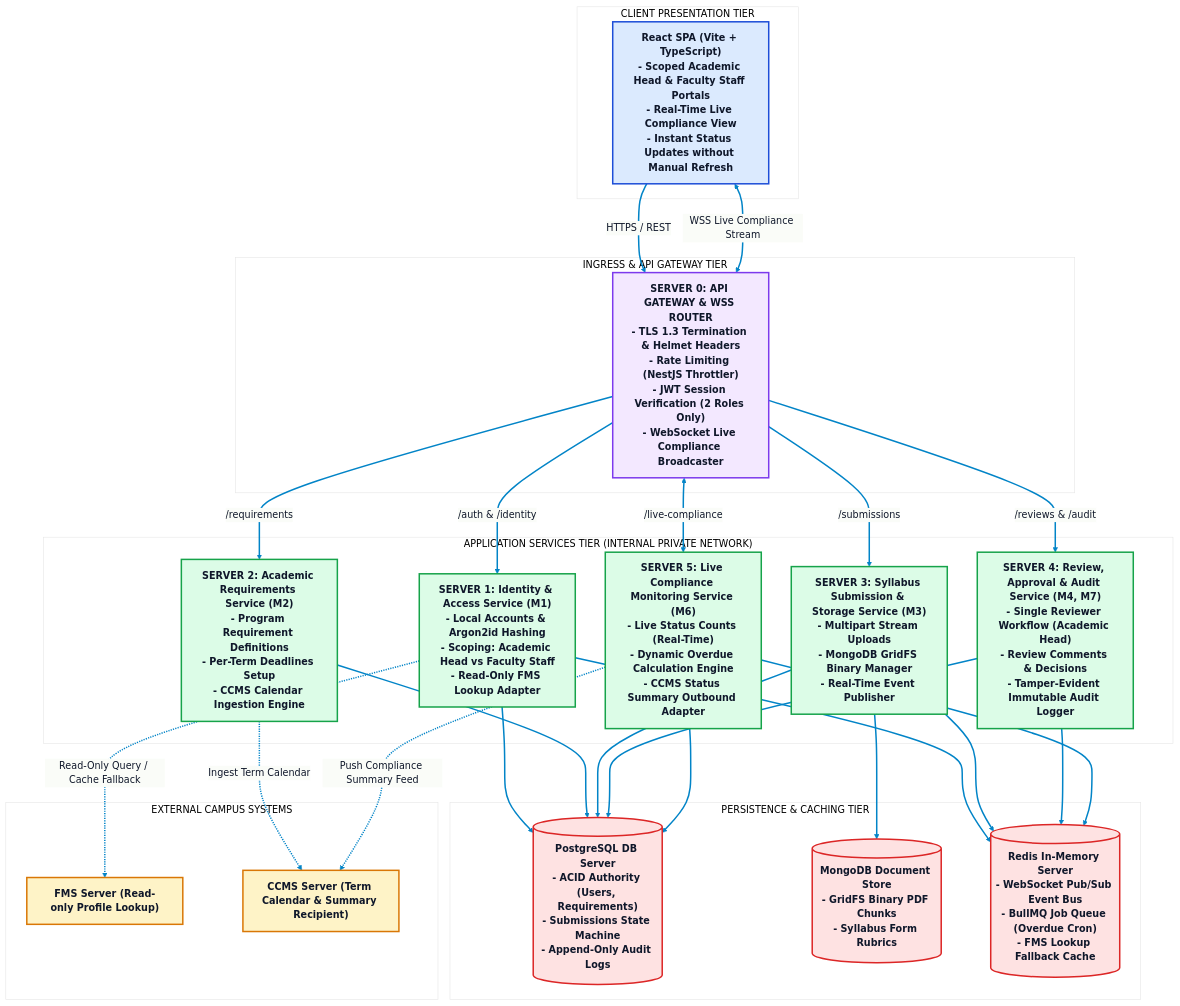
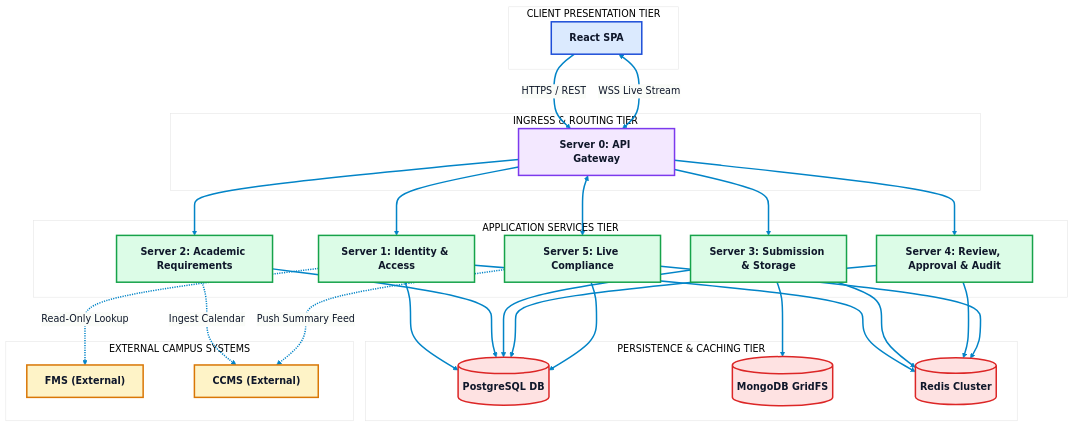
Before and after one commit to EducRodTablizo/Capstone-SCMS: the fifth of 7 diagrams in docs/system_architecture_and_diagrams.md, drawn with Mermaid. The commit also changed other lines of this file and 70 other files, not shown here.

Commit message:
feat(sprint-1): complete Sprint 1 with local sign-in, role scoping, and RA 10173 data privacy controls

````diff
--- a/docs/system_architecture_and_diagrams.md
+++ b/docs/system_architecture_and_diagrams.md
@@ -289,62 +274,62 @@
 ```mermaid
-%%{init: {'theme': 'base', 'themeVariables': { 'darkMode': false, 'background': '#FFFFFF', 'primaryColor': '#F8FAFC', 'primaryTextColor': '#0F172A', 'primaryBorderColor': '#1E293B', 'lineColor': '#0284C7' }}}%%
+%%{init: {'theme': 'base', 'themeVariables': { 'background': '#FFFFFF', 'primaryColor': '#F8FAFC', 'primaryTextColor': '#0F172A', 'primaryBorderColor': '#1E293B', 'lineColor': '#0284C7' }}}%%
 flowchart TB
     classDef client fill:#DBEAFE,stroke:#1D4ED8,stroke-width:2.5px,color:#0F172A,font-weight:bold;
     classDef gate fill:#F3E8FF,stroke:#7C3AED,stroke-width:2.5px,color:#0F172A,font-weight:bold;
     classDef service fill:#DCFCE7,stroke:#16A34A,stroke-width:2.5px,color:#0F172A,font-weight:bold;
     classDef db fill:#FEE2E2,stroke:#DC2626,stroke-width:2.5px,color:#0F172A,font-weight:bold;
     classDef ext fill:#FEF3C7,stroke:#D97706,stroke-width:2.5px,color:#0F172A,font-weight:bold;
 
     subgraph Client_Tier [" CLIENT PRESENTATION TIER "]
-        ReactSPA["React SPA (Vite + TypeScript)\n- Scoped Academic Head & Faculty Staff Portals\n- Real-Time Live Compliance View\n- Instant Status Updates without Manual Refresh"]:::client
+        ReactSPA["React SPA"]:::client
     end
 
-    subgraph Gateway_Tier [" INGRESS & API GATEWAY TIER "]
-        APIGateway["SERVER 0: API GATEWAY & WSS ROUTER\n- TLS 1.3 Termination & Helmet Headers\n- Rate Limiting (NestJS Throttler)\n- JWT Session Verification (2 Roles Only)\n- WebSocket Live Compliance Broadcaster"]:::gate
+    subgraph Gateway_Tier [" INGRESS & ROUTING TIER "]
+        APIGateway["Server 0: API Gateway"]:::gate
     end
 
-    subgraph Services_Tier [" APPLICATION SERVICES TIER (INTERNAL PRIVATE NETWORK) "]
-        S1["SERVER 1: Identity & Access Service (M1)\n- Local Accounts & Argon2id Hashing\n- Scoping: Academic Head vs Faculty Staff\n- Read-Only FMS Lookup Adapter"]:::service
-        S2["SERVER 2: Academic Requirements Service (M2)\n- Program Requirement Definitions\n- Per-Term Deadlines Setup\n- CCMS Calendar Ingestion Engine"]:::service
-        S3["SERVER 3: Syllabus Submission & Storage Service (M3)\n- Multipart Stream Uploads\n- MongoDB GridFS Binary Manager\n- Real-Time Event Publisher"]:::service
-        S4["SERVER 4: Review, Approval & Audit Service (M4, M7)\n- Single Reviewer Workflow (Academic Head)\n- Review Comments & Decisions\n- Tamper-Evident Immutable Audit Logger"]:::service
-        S5["SERVER 5: Live Compliance Monitoring Service (M6)\n- Live Status Counts (Real-Time)\n- Dynamic Overdue Calculation Engine\n- CCMS Status Summary Outbound Adapter"]:::service
+    subgraph Services_Tier [" APPLICATION SERVICES TIER "]
+        S1["Server 1: Identity & Access"]:::service
+        S2["Server 2: Academic Requirements"]:::service
+        S3["Server 3: Submission & Storage"]:::service
+        S4["Server 4: Review, Approval & Audit"]:::service
+        S5["Server 5: Live Compliance"]:::service
     end
 
     subgraph Data_Tier [" PERSISTENCE & CACHING TIER "]
-        PostgresDB[("PostgreSQL DB Server\n- ACID Authority (Users, Requirements)\n- Submissions State Machine\n- Append-Only Audit Logs")]:::db
-        MongoDB[("MongoDB Document Store\n- GridFS Binary PDF Chunks\n- Syllabus Form Rubrics")]:::db
-        RedisServer[("Redis In-Memory Server\n- WebSocket Pub/Sub Event Bus\n- BullMQ Job Queue (Overdue Cron)\n- FMS Lookup Fallback Cache")]:::db
+        PostgresDB[("PostgreSQL DB")]:::db
+        MongoDB[("MongoDB GridFS")]:::db
+        RedisServer[("Redis Cluster")]:::db
     end
 
     subgraph External_Tier [" EXTERNAL CAMPUS SYSTEMS "]
-        ExtFMS["FMS Server (Read-only Profile Lookup)"]:::ext
-        ExtCCMS["CCMS Server (Term Calendar & Summary Recipient)"]:::ext
+        ExtFMS["FMS (External)"]:::ext
+        ExtCCMS["CCMS (External)"]:::ext
     end
 
     ReactSPA -->|HTTPS / REST| APIGateway
-    ReactSPA <-->|WSS Live Compliance Stream| APIGateway
+    ReactSPA <-->|WSS Live Stream| APIGateway
 
-    APIGateway -->|/auth & /identity| S1
-    APIGateway -->|/requirements| S2
-    APIGateway -->|/submissions| S3
-    APIGateway -->|/reviews & /audit| S4
-    APIGateway <-->|/live-compliance| S5
+    APIGateway --> S1
+    APIGateway --> S2
+    APIGateway --> S3
+    APIGateway --> S4
+    APIGateway <--> S5
 
     S1 --> PostgresDB
     S1 --> RedisServer
     S2 --> PostgresDB
     S3 --> PostgresDB
     S3 --> MongoDB
     S3 --> RedisServer
     S4 --> PostgresDB
     S4 --> RedisServer
     S5 --> PostgresDB
     S5 --> RedisServer
 
-    S1 -.->|Read-Only Query / Cache Fallback| ExtFMS
-    S2 -.->|Ingest Term Calendar| ExtCCMS
-    S5 -.->|Push Compliance Summary Feed| ExtCCMS
+    S1 -.->|Read-Only Lookup| ExtFMS
+    S2 -.->|Ingest Calendar| ExtCCMS
+    S5 -.->|Push Summary Feed| ExtCCMS
 
     linkStyle default stroke:#0284C7,stroke-width:2.5px;
 ```
````
